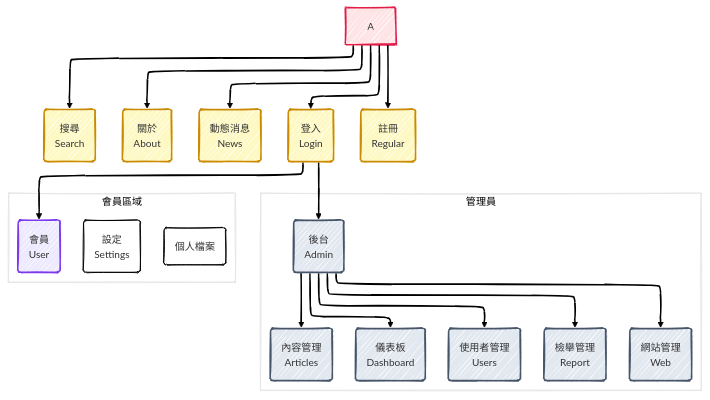
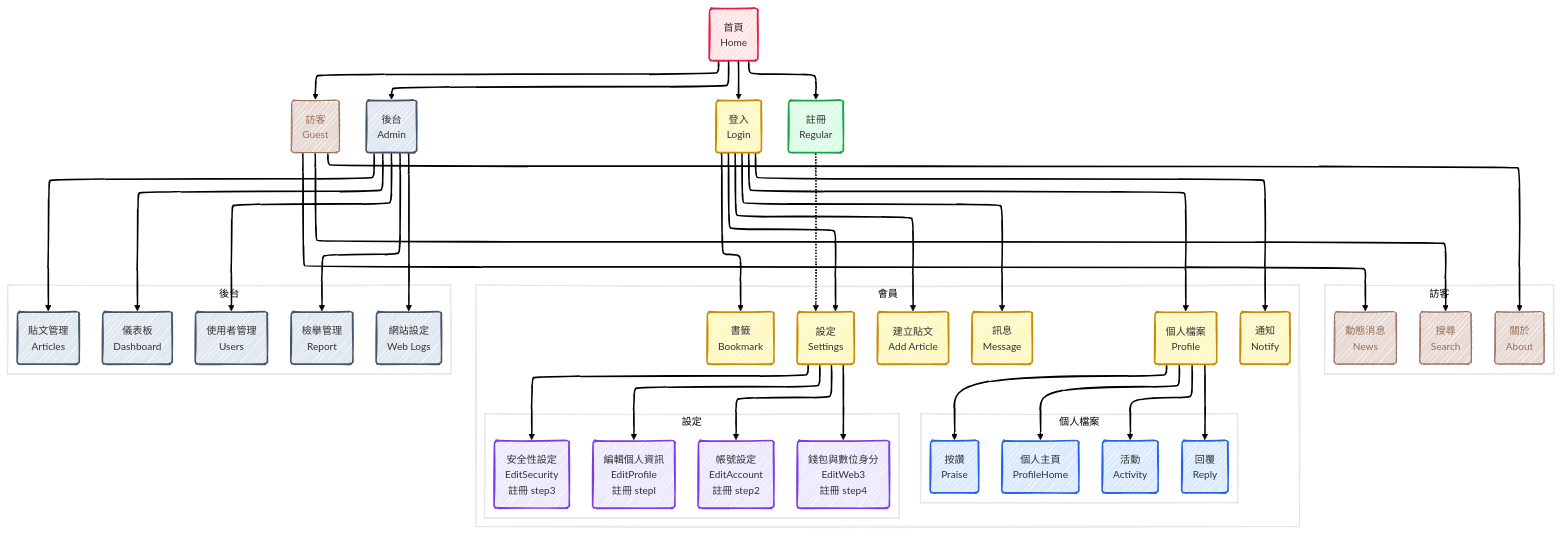
The diagram in wwwroot/Docs/SiteMap.mmd (eddychen86/Matrix_MVC), drawn with Mermaid before and after one commit.

Commit message:
update: Add Site Map version 2

```diff
--- a/wwwroot/Docs/SiteMap.mmd
+++ b/wwwroot/Docs/SiteMap.mmd
@@ -1,138 +1,127 @@
 ---
 config:
   theme: neo
   look: handDrawn
   layout: elk
-id: 1707bcf5-4321-4f64-87f9-2623301baa27
 ---
 graph TD
     %% Styling
     classDef pink fill:#ffe4e6,stroke:#e11d48,stroke-width:2px;
     classDef yellow fill:#fef9c3,stroke:#ca8a04,stroke-width:2px;
     classDef green fill:#dcfce7,stroke:#16a34a,stroke-width:2px;
     classDef blue fill:#dbeafe,stroke:#2563eb,stroke-width:2px;
     classDef orange fill:#ffedd5,stroke:#f97316,stroke-width:2px;
     classDef purple fill:#ede9fe,stroke:#7c3aed,stroke-width:2px;
     classDef gray fill:#e2e8f0,stroke:#475569,stroke-width:2px;
+    classDef brown fill:#FFE0B2, color:#97705D, fill:#E8DAD4, background-color:#E8DAD4, stroke:#97705D, border-color:#97705D
 
     %% Nodes
-    %% A(首頁<br>Home)
+    Home(首頁<br>Home)
+    Guest(訪客<br>Guest)
+    Admin(後台<br>Admin)
 
-    B1(搜尋<br>Search)
-    B2(關於<br>About)
-    B3(動態消息<br>News)
-    B4(登入<br>Login)
-    B5(註冊<br>Regular)
+    Search(搜尋<br>Search)
+    About(關於<br>About)
+    News(動態消息<br>News)
 
-    C1(會員<br>User)
-    C2(後台<br>Admin)
-    %% C(搜尋<br>Search)
-    %% D(關於<br>About)
-    %% E(動態消息<br>News)
-    %% F(登入<br>Login)
+    Login(登入<br>Login)
+    Regular(註冊<br>Regular)
 
-    A --> B1
-    A --> B2
-    A --> B3
-    A --> B4
-    A --> B5
+    Dashboard(儀表板<br>Dashboard)
+    Users(使用者管理<br>Users)
+    Articles(貼文管理<br>Articles)
+    Report(檢擧管理<br>Report)
+    WebLogs(網站設定<br>Web Logs)
 
-    B4 --> C1
-    B4 --> C2
+    AddArticle(建立貼文<br>Add Article)
+    Notify(通知<br>Notify)
+    Message(訊息<br>Message)
+    Bookmark(書籤<br>Bookmark)
+    Profile(個人檔案<br>Profile)
+    Settings(設定<br>Settings)
 
-    subgraph "管理員"
-      C2
-      D1(儀表板<br>Dashboard)
-      D2(使用者管理<br>Users)
-      D3(內容管理<br>Articles)
-      D4(檢舉管理<br>Report)
-      D5(網站管理<br>Web)
+    ProfileHome(個人主頁<br>ProfileHome)
+    Activity(活動<br>Activity)
+    Praise(按讚<br>Praise)
+    Reply(回覆<br>Reply)
 
-      C2 --> D1
-      C2 --> D2
-      C2 --> D3
-      C2 --> D4
-      C2 --> D5
+    EditProfile(編輯個人資訊<br>EditProfile<br>註冊 stepl)
+    EditAccount(帳號設定<br>EditAccount<br>註冊 step2)
+    EditSecurity(安全性設定<br>EditSecurity<br>註冊 step3)
+    EditWeb3(錢包與數位身分<br>EditWeb3<br>註冊 step4)
+
+    %% Group
+    Home --> Guest
+    Home --> Login
+    Home --> Regular
+    Home --> Admin
+
+    Guest --> Search
+    Guest --> About
+    Guest --> News
+    subgraph "訪客"
+      Search
+      About
+      News
     end
-    
-    subgraph "會員區域"
-      C1
-      D6(設定<br>Settings)
-      D7(個人檔案)
 
+    Login --> AddArticle
+    Login --> Notify
+    Login --> Message
+    Login --> Bookmark
+    Login --> Profile
+    Login --> Settings
+    subgraph "會員"
+      AddArticle
+      Notify
+      Message
+      Bookmark
+      Profile
+      Settings
 
+      Profile --> ProfileHome
+      Profile --> Activity
+      Profile --> Praise
+      Profile --> Reply
+      subgraph "個人檔案"
+        ProfileHome
+        Activity
+        Praise
+        Reply
+      end
+      
+      Settings --> EditProfile
+      Settings --> EditAccount
+      Settings --> EditSecurity
+      Settings --> EditWeb3
+      subgraph "設定"
+        EditProfile
+        EditAccount
+        EditSecurity
+        EditWeb3
+      end
     end
-    %% subgraph "會員區域"
-    %%     (建立貼文<br>Add Article)
-    %%     (通知<br>Notify)
-    %%     (訊息<br>Message)
-    %%     (書籤<br>Bookmark)
-    %%     (個人檔案<br>Profile)
-    %%     (設定<br>Settings)
 
-    %%     F --> G
-    %%     F --> H
-    %%     F --> I
-    %%     F --> J
-    %%     F --> K
-    %%     F --> L
+    Admin --> Dashboard
+    Admin --> Users
+    Admin --> Articles
+    Admin --> Report
+    Admin --> WebLogs
+    subgraph "後台"
+      Dashboard
+      Users
+      Articles
+      Report
+      WebLogs
+    end
 
-    %%     subgraph "個人檔案"
-    %%         M(個人主頁<br>Profile)
-    %%         N(活動<br>Activity)
-    %%         O(按讚<br>GJ)
-    %%         P(回覆<br>Answer)
-    %%     end
-        
-    %%     K --> M
-    %%     G --> M
-    %%     J --> M
-    %%     I --> M
+    Regular -.-> Settings
 
-    %%     subgraph "設定"
-    %%         Q(編輯個人資訊<br>Profile)
-    %%         R(帳號設定<br>Account)
-    %%         S(安全性設定<br>Security)
-    %%         T(錢包與數位身份<br>Wallet Address)
-    %%     end
-
-    %%     L --> H
-
-    %%     K -- "註冊 Regular" --> P
-    %%     K -- "註冊 Step1" --> Q
-    %%     K -- "註冊 Step2" --> R
-    %%     K -- "註冊 Step3" --> S
-    %%     K -- "註冊 Step4" --> T
-        
-    %%     L --> Q
-    %%     L --> R
-    %%     L --> S
-    %%     L --> T
-    %% end
-    
-    %% subgraph "管理者"
-    %%     U(後台<br>Admin)
-    %%     V(通知<br>Notify)
-    %%     W(訊息<br>Message)
-    %%     X(書籤<br>Bookmark)
-    %%     Y(個人檔案<br>Profile)
-    %%     Z(設定<br>Settings)
-    %% end
-
-    %% A --> U
-    %% F -.-> U
-
-    %% U --> V
-    %% U --> W
-    %% U --> X
-    %% U --> Y
-    %% U --> Z
-    
-    %% Apply styles
-    class A pink
-    class B1,B2,B3,B4,B5 yellow
-    class C1 purple
-    class C2,D1,D2,D3,D4,D5 gray
-    class F,G,H,I,J,K,L,M,N,O,P green
-    class Q,R,S,T purple
-    class U,V,W,X,Y,Z gray
+    %% %% Apply styles
+    class Home pink
+    class Guest,Search,About,News brown
+    class Login,AddArticle,Notify,Message,Bookmark,Profile,Settings yellow
+    class ProfileHome,Activity,Praise,Reply blue
+    class Regular green
+    class EditProfile,EditAccount,EditSecurity,EditWeb3 purple
+    class Admin,Dashboard,Users,Articles,Report,WebLogs gray
```
